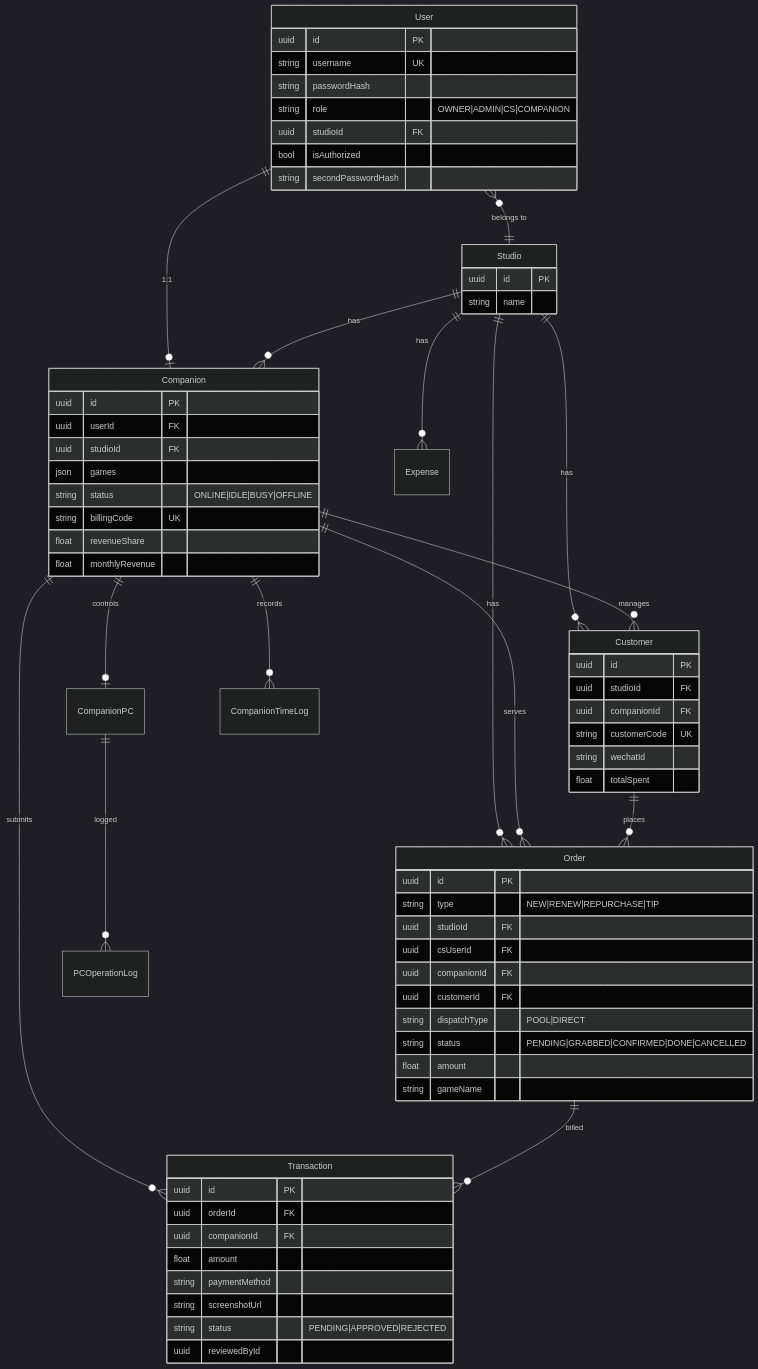
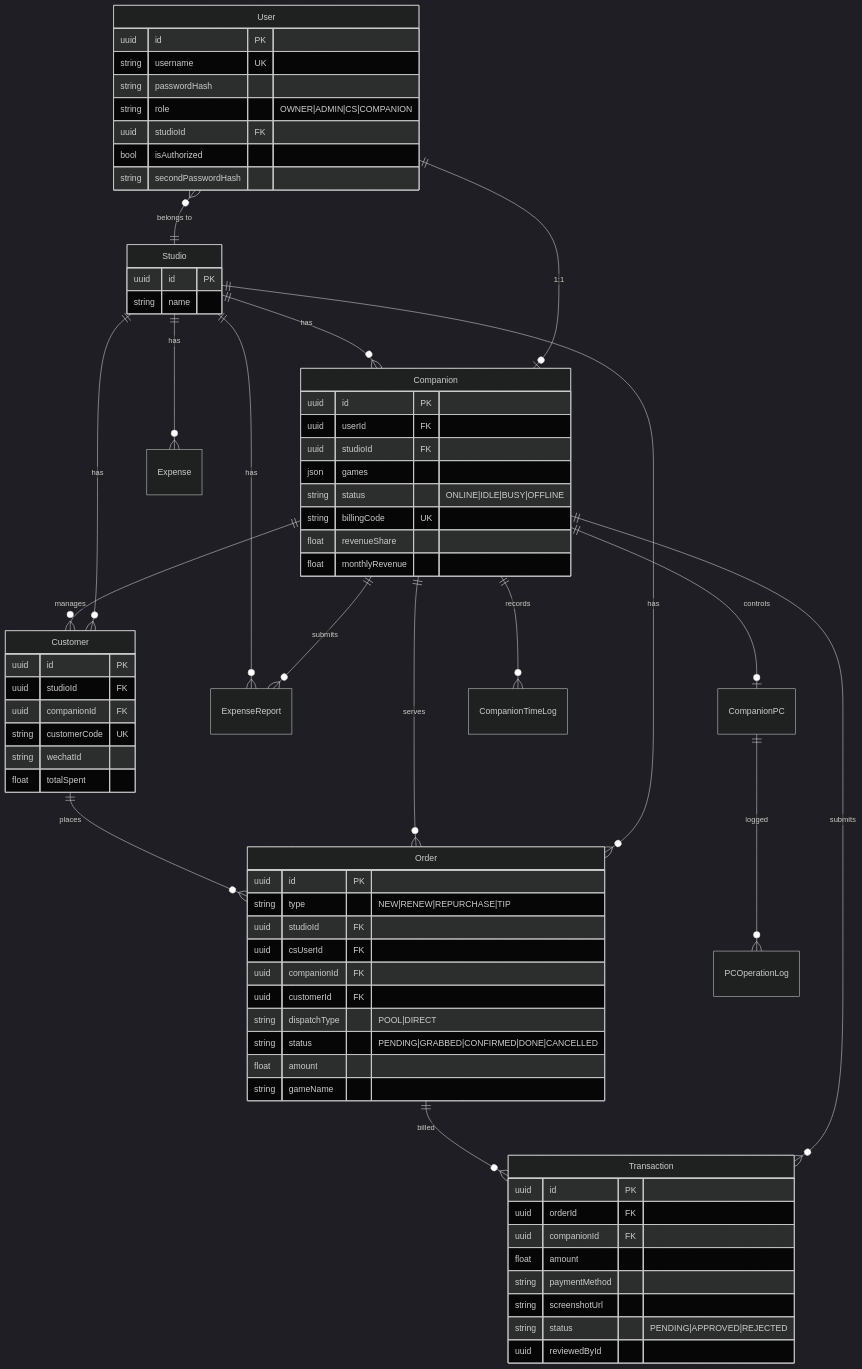
The sixth of 10 diagrams in docs/ARCHITECTURE.md (jonell/game-workspace), drawn with Mermaid (dark theme) before and after one commit. The commit also changed 1 other file, not shown here.

Commit message:
docs: update documentation for expense report module

````diff
--- a/docs/ARCHITECTURE.md
+++ b/docs/ARCHITECTURE.md
@@ -159,76 +159,78 @@
 ```mermaid
 erDiagram
     User ||--o| Companion : "1:1"
     User }o--|| Studio : "belongs to"
     Studio ||--o{ Companion : "has"
     Studio ||--o{ Order : "has"
     Studio ||--o{ Customer : "has"
     Studio ||--o{ Expense : "has"
+    Companion ||--o{ ExpenseReport : "submits"
+    Studio ||--o{ ExpenseReport : "has"
     Companion ||--o{ Order : "serves"
     Companion ||--o| CompanionPC : "controls"
     Companion ||--o{ CompanionTimeLog : "records"
     Companion ||--o{ Transaction : "submits"
     Companion ||--o{ Customer : "manages"
     Customer ||--o{ Order : "places"
     Order ||--o{ Transaction : "billed"
     CompanionPC ||--o{ PCOperationLog : "logged"
 
     User {
         uuid id PK
         string username UK
         string passwordHash
         string role "OWNER|ADMIN|CS|COMPANION"
         uuid studioId FK
         bool isAuthorized
         string secondPasswordHash
     }
 
     Studio {
         uuid id PK
         string name
     }
 
     Companion {
         uuid id PK
         uuid userId FK
         uuid studioId FK
         json games
         string status "ONLINE|IDLE|BUSY|OFFLINE"
         string billingCode UK
         float revenueShare
         float monthlyRevenue
     }
 
     Order {
         uuid id PK
         string type "NEW|RENEW|REPURCHASE|TIP"
         uuid studioId FK
         uuid csUserId FK
         uuid companionId FK
         uuid customerId FK
         string dispatchType "POOL|DIRECT"
         string status "PENDING|GRABBED|CONFIRMED|DONE|CANCELLED"
         float amount
         string gameName
     }
 
     Customer {
         uuid id PK
         uuid studioId FK
         uuid companionId FK
         string customerCode UK
         string wechatId
         float totalSpent
     }
 
     Transaction {
         uuid id PK
         uuid orderId FK
         uuid companionId FK
         float amount
         string paymentMethod
         string screenshotUrl
         string status "PENDING|APPROVED|REJECTED"
         uuid reviewedById
     }
 ```
````
